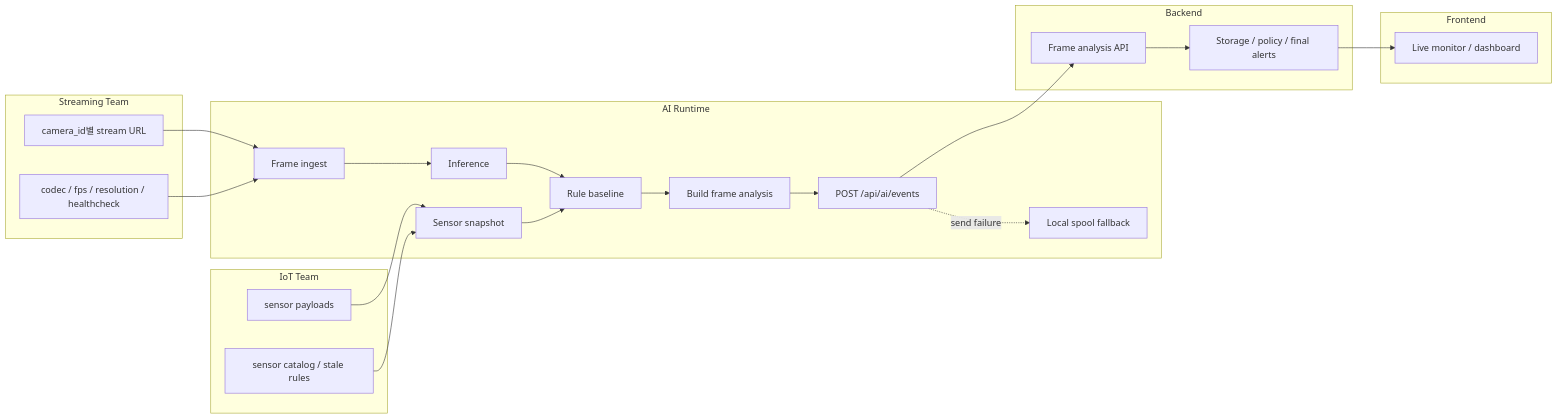
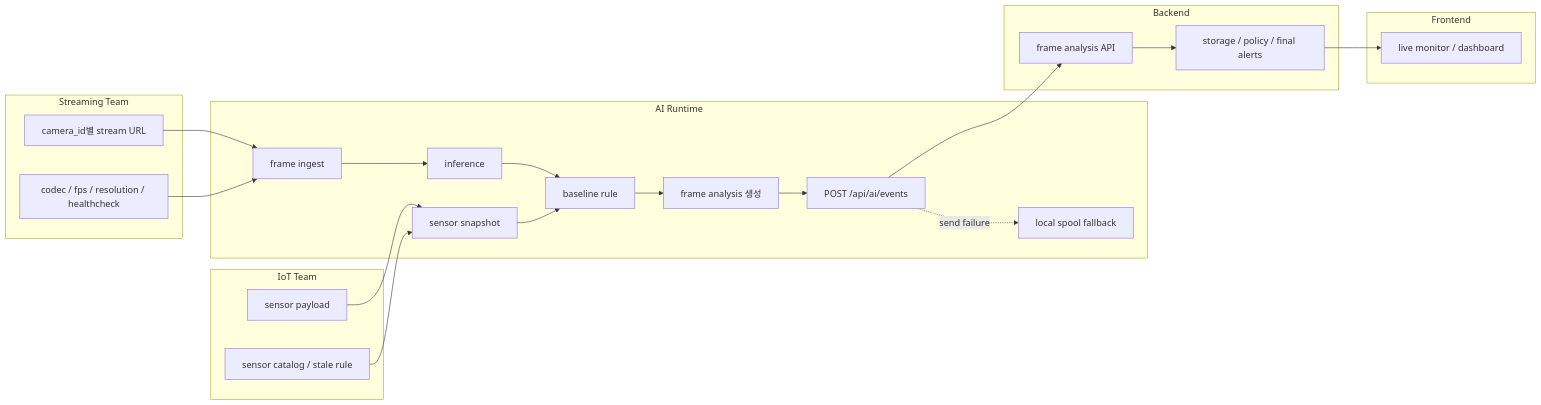
The diagram in docs/shared/architecture.md (Capstone-Bug24/be-ai-endpoint), drawn with Mermaid before and after one commit. The commit also changed other lines of this file and 4 other files, not shown here.

````diff
--- a/docs/shared/architecture.md
+++ b/docs/shared/architecture.md
@@ -5,42 +5,42 @@
 ```mermaid
 flowchart LR
     subgraph Streaming["Streaming Team"]
         S1["camera_id별 stream URL"]
         S2["codec / fps / resolution / healthcheck"]
     end
 
     subgraph IoT["IoT Team"]
-        I1["sensor payloads"]
-        I2["sensor catalog / stale rules"]
+        I1["sensor payload"]
+        I2["sensor catalog / stale rule"]
     end
 
     subgraph AI["AI Runtime"]
-        A1["Frame ingest"]
-        A2["Inference"]
-        A3["Sensor snapshot"]
-        A4["Rule baseline"]
-        A5["Build frame analysis"]
+        A1["frame ingest"]
+        A2["inference"]
+        A3["sensor snapshot"]
+        A4["baseline rule"]
+        A5["frame analysis 생성"]
         A6["POST /api/ai/events"]
-        A7["Local spool fallback"]
+        A7["local spool fallback"]
         A1 --> A2 --> A4 --> A5 --> A6
         A3 --> A4
-        A6 -. send failure .-> A7
+        A6 -. "send failure" .-> A7
     end
 
     subgraph Backend["Backend"]
-        B1["Frame analysis API"]
-        B2["Storage / policy / final alerts"]
+        B1["frame analysis API"]
+        B2["storage / policy / final alerts"]
         B1 --> B2
     end
 
     subgraph Frontend["Frontend"]
-        F1["Live monitor / dashboard"]
+        F1["live monitor / dashboard"]
     end
 
     S1 --> A1
     S2 --> A1
     I1 --> A3
     I2 --> A3
     A6 --> B1
     B2 --> F1
 ```
````
